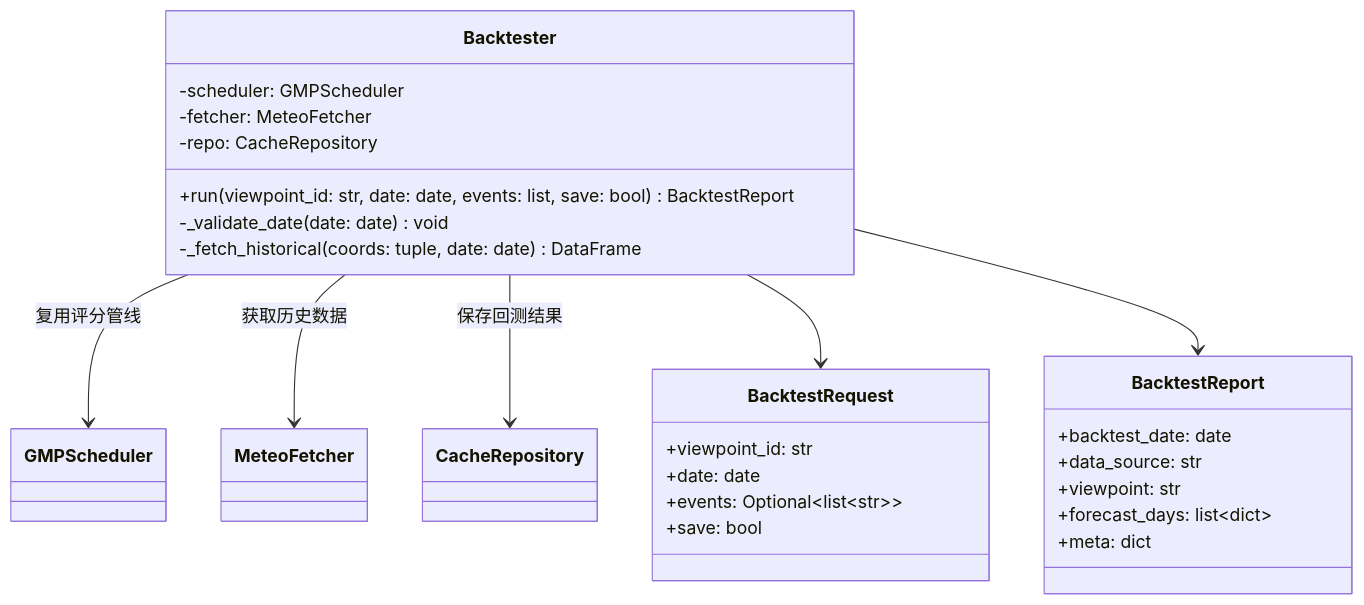
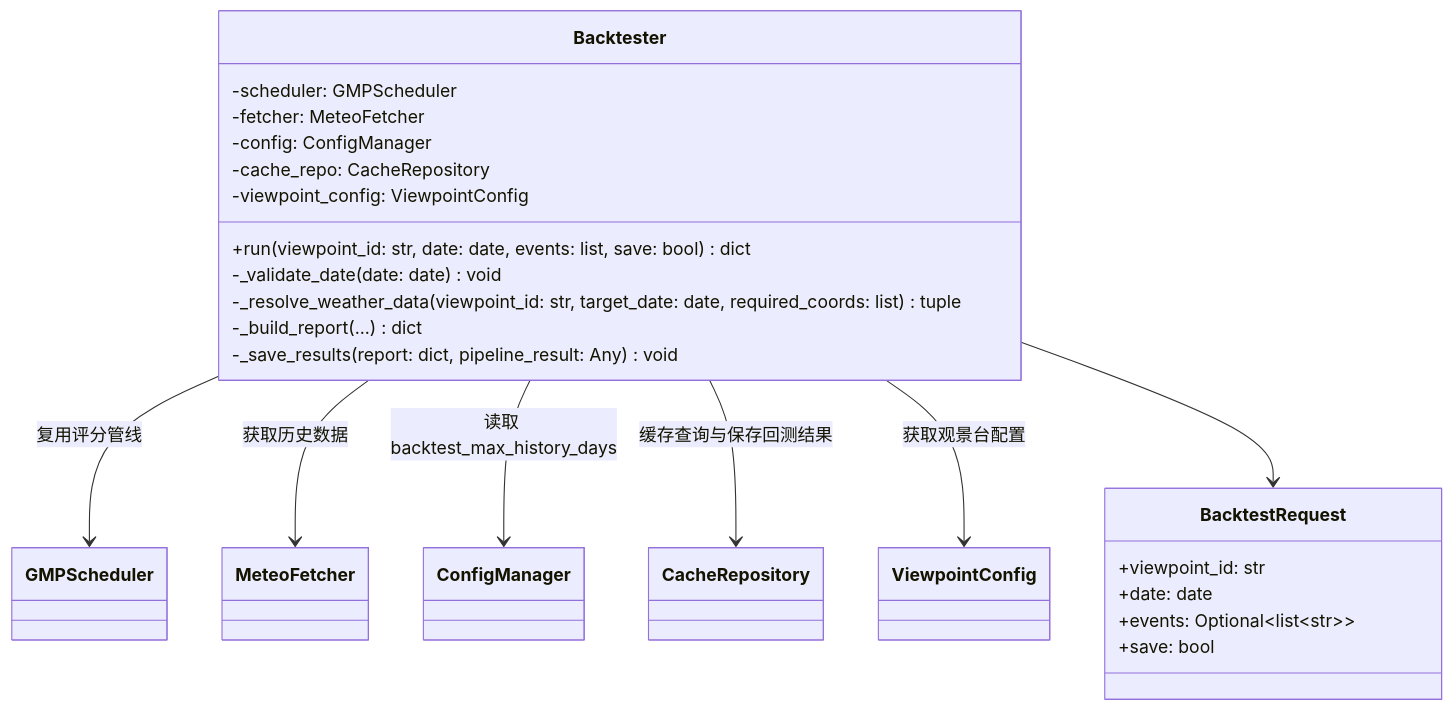
One commit to mpb159753/golden-moment-predictor changed diagram 11 of 12 in design/06-class-sequence.md. Above: the diagram before and after it, drawn with Mermaid. The commit also changed other lines of this file and 2 other files, not shown here.

Commit message:
完成m13

````diff
--- a/design/06-class-sequence.md
+++ b/design/06-class-sequence.md
@@ -530,32 +530,29 @@
 ```mermaid
 classDiagram
     class Backtester {
         -scheduler: GMPScheduler
         -fetcher: MeteoFetcher
-        -repo: CacheRepository
-        +run(viewpoint_id: str, date: date, events: list, save: bool) BacktestReport
+        -config: ConfigManager
+        -cache_repo: CacheRepository
+        -viewpoint_config: ViewpointConfig
+        +run(viewpoint_id: str, date: date, events: list, save: bool) dict
         -_validate_date(date: date) void
-        -_fetch_historical(coords: tuple, date: date) DataFrame
+        -_resolve_weather_data(viewpoint_id: str, target_date: date, required_coords: list) tuple
+        -_build_report(...) dict
+        -_save_results(report: dict, pipeline_result: Any) void
     }
 
     class BacktestRequest {
         +viewpoint_id: str
         +date: date
         +events: Optional~list~str~~
         +save: bool
     }
 
-    class BacktestReport {
-        +backtest_date: date
-        +data_source: str
-        +viewpoint: str
-        +forecast_days: list~dict~
-        +meta: dict
-    }
-
     Backtester --> GMPScheduler : 复用评分管线
     Backtester --> MeteoFetcher : 获取历史数据
-    Backtester --> CacheRepository : 保存回测结果
+    Backtester --> ConfigManager : 读取 backtest_max_history_days
+    Backtester --> CacheRepository : 缓存查询与保存回测结果
+    Backtester --> ViewpointConfig : 获取观景台配置
     Backtester --> BacktestRequest
-    Backtester --> BacktestReport
 ```
````
